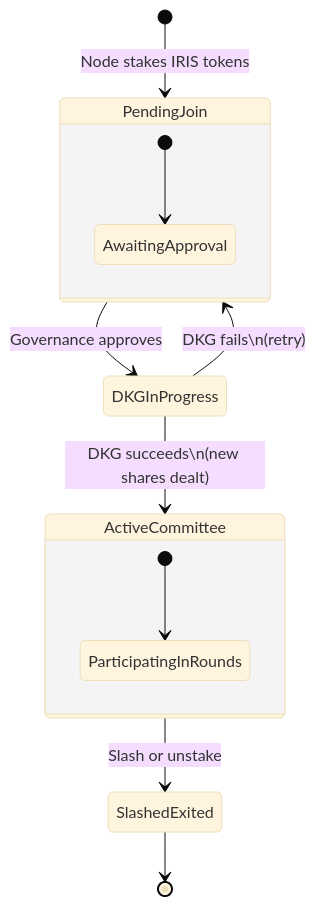
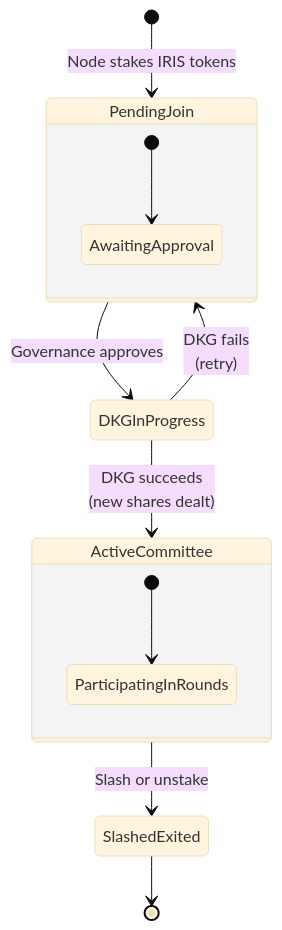
Before and after one commit to Hubble-Labs/iris: the fourth of 12 diagrams in docs/architecture.md, drawn with Mermaid (base theme). The commit also changed other lines of this file, not shown here.

Commit message:
docs: add architecture overview document for Iris Protocol

````diff
--- a/docs/architecture.md
+++ b/docs/architecture.md
@@ -212,16 +243,16 @@
 ```mermaid
 stateDiagram-v2
     [*] --> PendingJoin : Node stakes IRIS tokens
     PendingJoin --> DKGInProgress : Governance approves
-    DKGInProgress --> ActiveCommittee : DKG succeeds\n(new shares dealt)
-    DKGInProgress --> PendingJoin : DKG fails\n(retry)
+    DKGInProgress --> ActiveCommittee : DKG succeeds<br/>(new shares dealt)
+    DKGInProgress --> PendingJoin : DKG fails<br/>(retry)
     ActiveCommittee --> SlashedExited : Slash or unstake
     SlashedExited --> [*]
 
     state PendingJoin {
         [*] --> AwaitingApproval
     }
     state ActiveCommittee {
         [*] --> ParticipatingInRounds
     }
 ```
````
